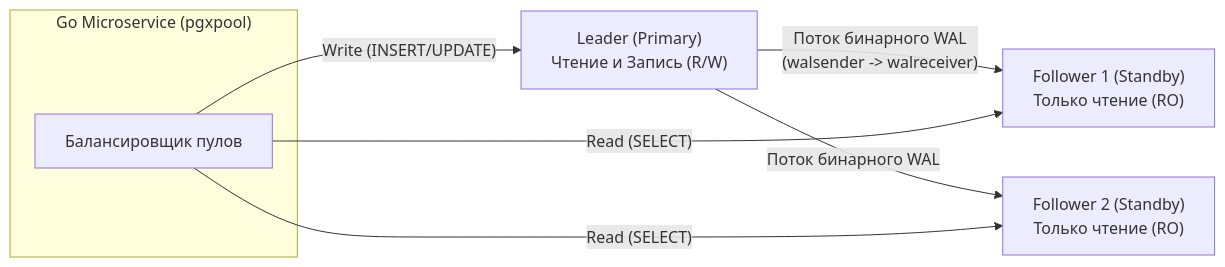
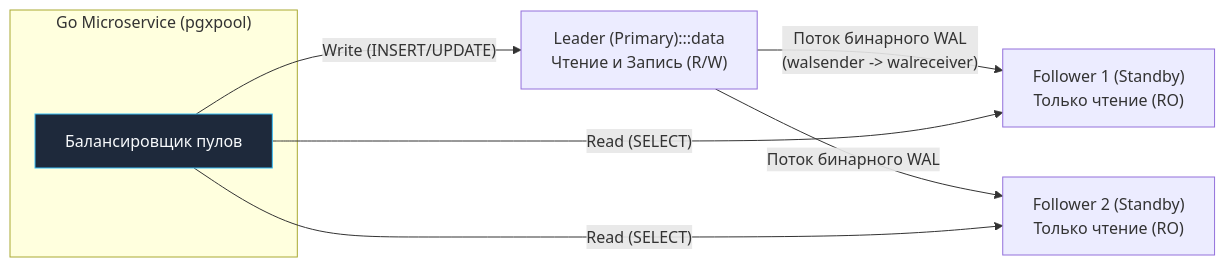
The first of 2 diagrams in sources/12. Базы данных/06. PostgreSQL/11. Репликация в PostgreSQL.md (UnrealTemplier/go-textbook), drawn with Mermaid before and after one commit. The commit also changed other lines of this file and 1666 other files, not shown here.

First line of the commit message:
feat(mermaid): add semantic color classDef to 1369 colorless flowchart/graph diagrams

````diff
--- a/sources/12. Базы данных/06. PostgreSQL/11. Репликация в PostgreSQL.md
+++ b/sources/12. Базы данных/06. PostgreSQL/11. Репликация в PostgreSQL.md
@@ -25,13 +25,23 @@
 ```mermaid
 flowchart LR
-    Leader["Leader (Primary) <br> Чтение и Запись (R/W)"] -->|"Поток бинарного WAL <br> (walsender -> walreceiver)"| F1["Follower 1 (Standby) <br> Только чтение (RO)"]
+    classDef process  fill:#1e293b,stroke:#38bdf8,stroke-width:1px,color:#f8fafc
+    classDef success  fill:#064e3b,stroke:#34d399,stroke-width:1px,color:#f8fafc
+    classDef error    fill:#7f1d1d,stroke:#f87171,stroke-width:1px,color:#f8fafc
+    classDef warning  fill:#78350f,stroke:#fbbf24,stroke-width:1px,color:#f8fafc
+    classDef entry    fill:#1e3a5f,stroke:#38bdf8,stroke-width:2px,color:#f8fafc
+    classDef aux      fill:#334155,stroke:#64748b,stroke-width:1px,color:#f8fafc
+    classDef system   fill:#312e81,stroke:#a78bfa,stroke-width:1px,color:#f8fafc
+    classDef data     fill:#132d29,stroke:#2dd4bf,stroke-width:1px,color:#f8fafc
+    classDef network  fill:#881337,stroke:#fb7185,stroke-width:1px,color:#f8fafc
+    classDef accent   fill:#1e1b4b,stroke:#818cf8,stroke-width:1px,color:#f8fafc
+    Leader["Leader (Primary):::data <br> Чтение и Запись (R/W)"] -->|"Поток бинарного WAL <br> (walsender -> walreceiver)"| F1["Follower 1 (Standby) <br> Только чтение (RO)"]
     Leader -->|"Поток бинарного WAL"| F2["Follower 2 (Standby) <br> Только чтение (RO)"]
     
     subgraph GoCluster ["Go Microservice (pgxpool)"]
-        Client["Балансировщик пулов"]
+        Client["Балансировщик пулов"]:::process
     end
     
     Client -->|"Write (INSERT/UPDATE)"| Leader
     Client -->|"Read (SELECT)"| F1
     Client -->|"Read (SELECT)"| F2
 ```
````
